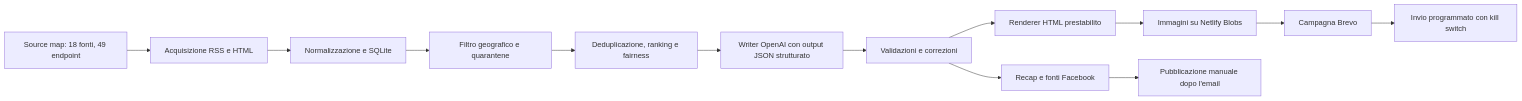
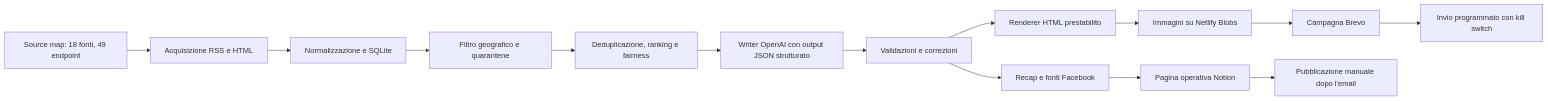
Before and after one commit to adseeker/siracusadaily: the diagram in SIRACUSADAILY_TECHNICAL.md, drawn with Mermaid. The commit also changed 11 other files, not shown here.

````diff
--- a/SIRACUSADAILY_TECHNICAL.md
+++ b/SIRACUSADAILY_TECHNICAL.md
@@ -12,15 +12,16 @@
 ```mermaid
 flowchart LR
     A["Source map: 18 fonti, 49 endpoint"] --> B["Acquisizione RSS e HTML"]
     B --> C["Normalizzazione e SQLite"]
     C --> D["Filtro geografico e quarantene"]
     D --> E["Deduplicazione, ranking e fairness"]
     E --> F["Writer OpenAI con output JSON strutturato"]
     F --> G["Validazioni e correzioni"]
     G --> H["Renderer HTML prestabilito"]
     H --> I["Immagini su Netlify Blobs"]
     I --> J["Campagna Brevo"]
     J --> K["Invio programmato con kill switch"]
     G --> L["Recap e fonti Facebook"]
-    L --> M["Pubblicazione manuale dopo l'email"]
+    L --> M["Pagina operativa Notion"]
+    M --> N["Pubblicazione manuale dopo l'email"]
 ```
````
